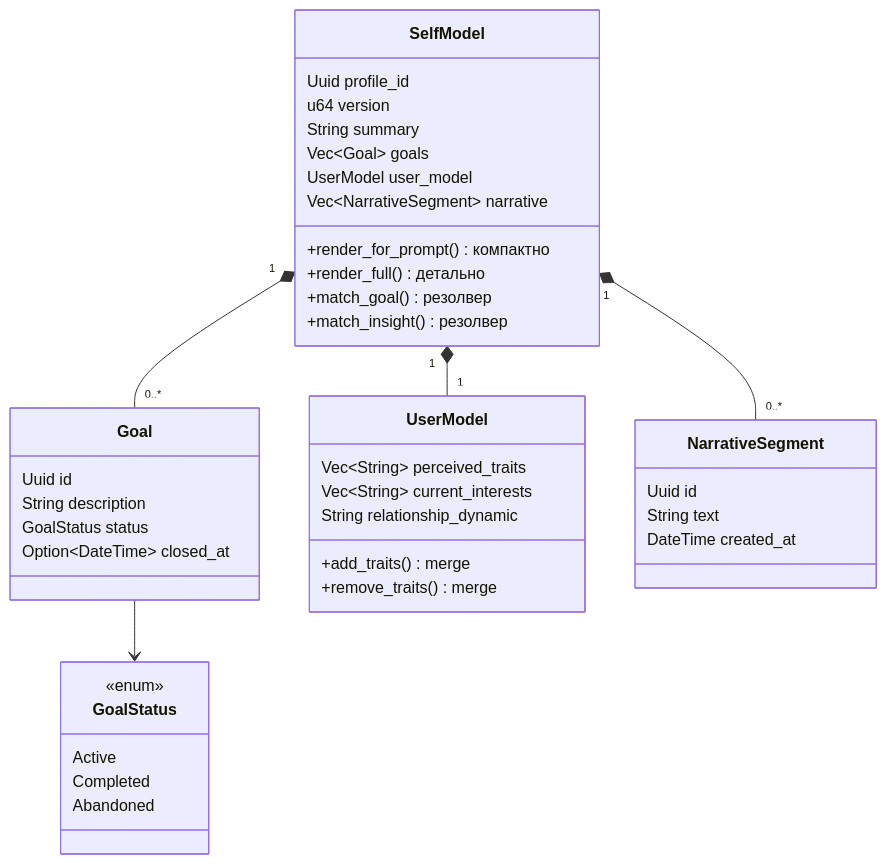
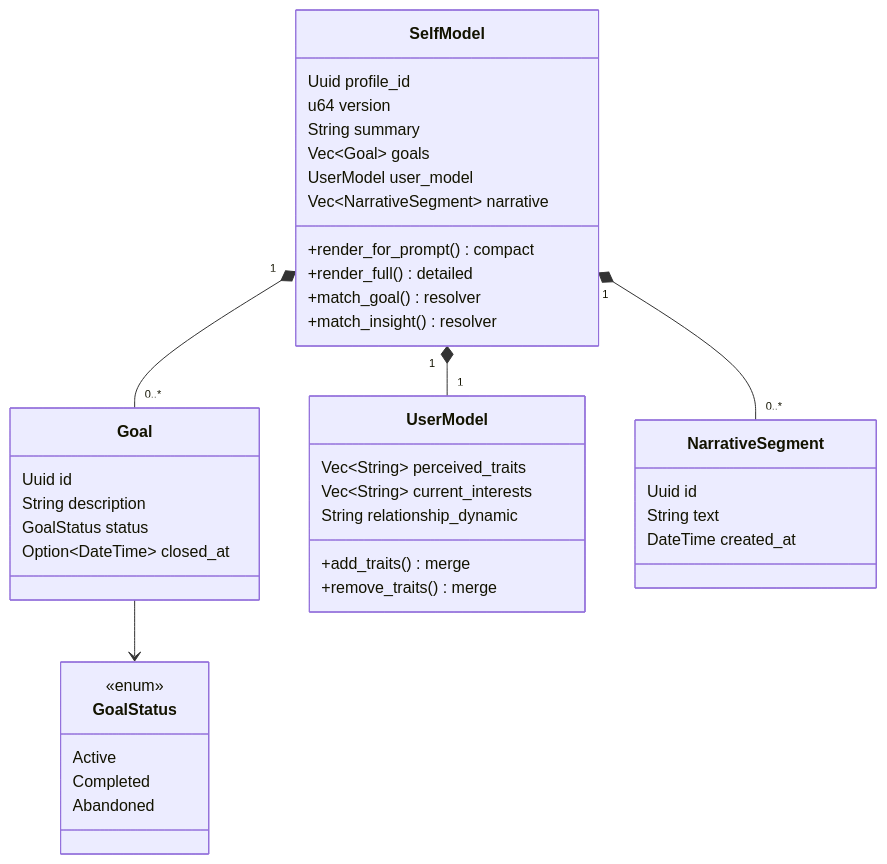
Diagram 11 of 17 in docs/architecture.md (vshylov/mindfork-rs), drawn with Mermaid before and after one commit. The commit also changed other lines of this file and 18 other files, not shown here.

````diff
--- a/docs/architecture.md
+++ b/docs/architecture.md
@@ -977,43 +1038,43 @@
 ```mermaid
 classDiagram
     class SelfModel {
         Uuid profile_id
         u64 version
         String summary
         Vec~Goal~ goals
         UserModel user_model
         Vec~NarrativeSegment~ narrative
-        +render_for_prompt() компактно
-        +render_full() детально
-        +match_goal() резолвер
-        +match_insight() резолвер
+        +render_for_prompt() compact
+        +render_full() detailed
+        +match_goal() resolver
+        +match_insight() resolver
     }
     class Goal {
         Uuid id
         String description
         GoalStatus status
         Option~DateTime~ closed_at
     }
     class GoalStatus {
         <<enum>>
         Active
         Completed
         Abandoned
     }
     class UserModel {
         Vec~String~ perceived_traits
         Vec~String~ current_interests
         String relationship_dynamic
         +add_traits() merge
         +remove_traits() merge
     }
     class NarrativeSegment {
         Uuid id
         String text
         DateTime created_at
     }
     SelfModel "1" *-- "0..*" Goal
     SelfModel "1" *-- "1" UserModel
     SelfModel "1" *-- "0..*" NarrativeSegment
     Goal --> GoalStatus
 ```
````
